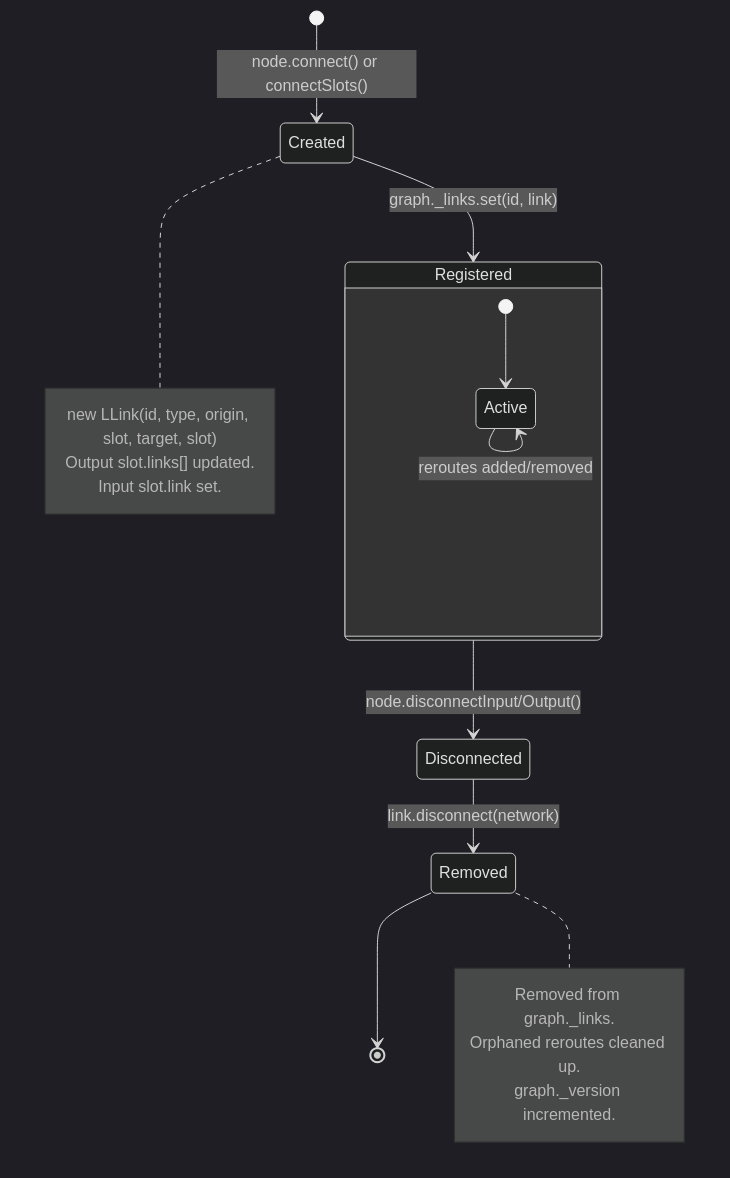
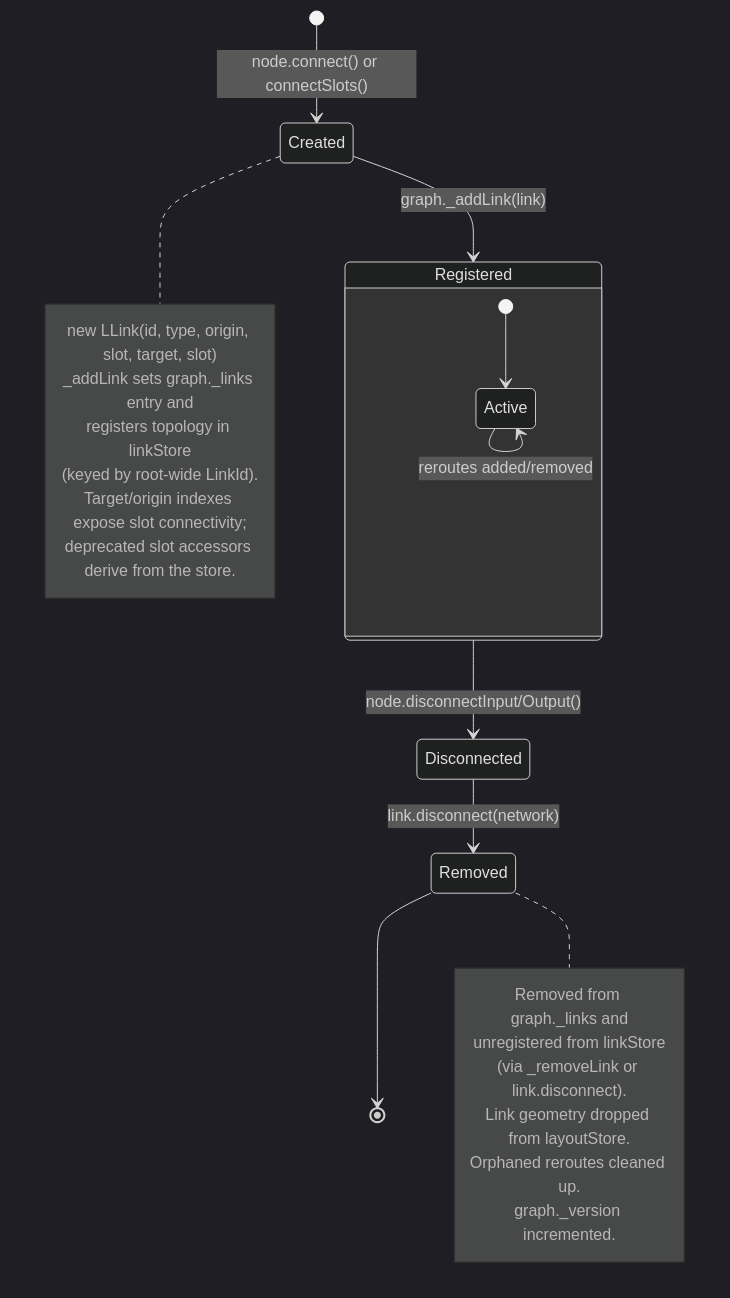
The eighth of 13 diagrams in docs/architecture/entity-interactions.md (Comfy-Org/ComfyUI_frontend), drawn with Mermaid (dark theme) before and after one commit. The commit also changed other lines of this file and 424 other files, not shown here.

````diff
--- a/docs/architecture/entity-interactions.md
+++ b/docs/architecture/entity-interactions.md
@@ -254,27 +266,33 @@
 ```mermaid
 stateDiagram-v2
     [*] --> Created: node.connect() or connectSlots()
-    Created --> Registered: graph._links.set(id, link)
+    Created --> Registered: graph._addLink(link)
 
     state Registered {
         [*] --> Active
         Active --> Active: data flows through
         Active --> Active: reroutes added/removed
     }
 
     Registered --> Disconnected: node.disconnectInput/Output()
     Disconnected --> Removed: link.disconnect(network)
     Removed --> [*]
 
     note right of Created
         new LLink(id, type, origin, slot, target, slot)
-        Output slot.links[] updated.
-        Input slot.link set.
+        _addLink sets graph._links entry and
+        registers topology in linkStore
+        (keyed by root-wide LinkId).
+        Target/origin indexes expose slot connectivity;
+        deprecated slot accessors derive from the store.
     end note
 
     note right of Removed
-        Removed from graph._links.
+        Removed from graph._links and
+        unregistered from linkStore
+        (via _removeLink or link.disconnect).
+        Link geometry dropped from layoutStore.
         Orphaned reroutes cleaned up.
         graph._version incremented.
     end note
 ```
````
